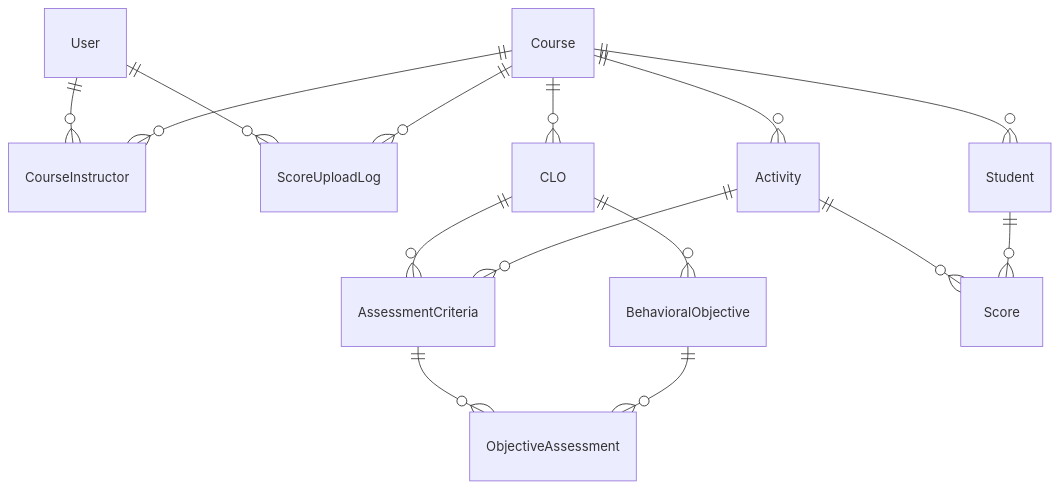
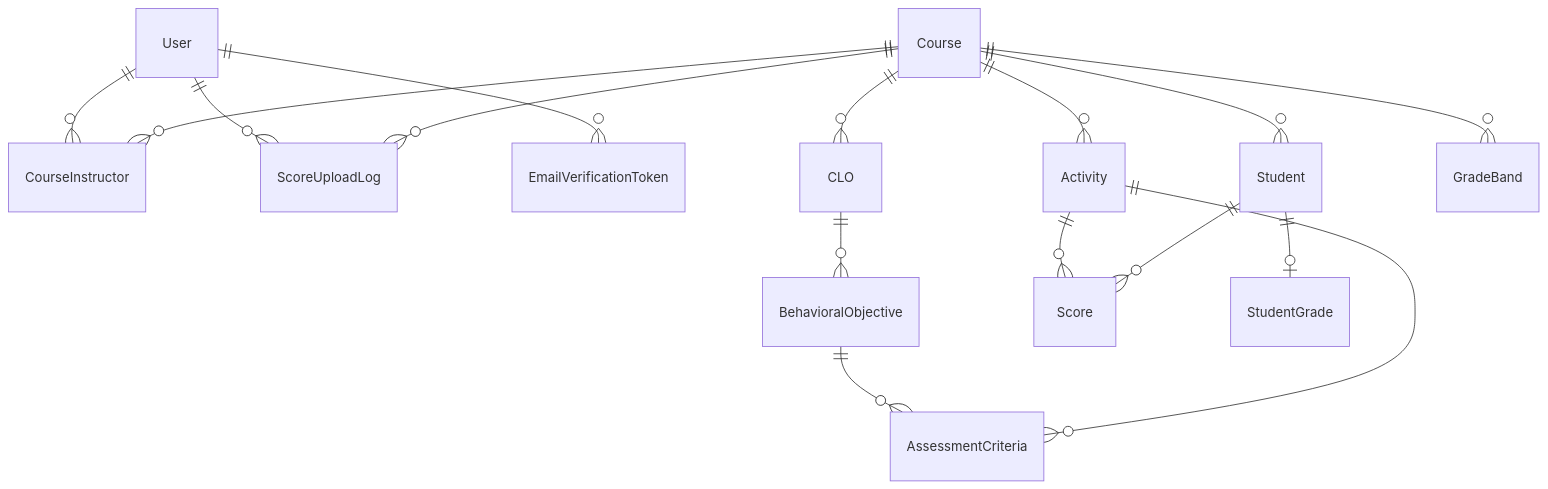
One commit to SIET-KMITL-INCEPTIO/CMAS-CLO changed the diagram in docs/markdown/sql/schema.md. Above: the diagram before and after it, drawn with Mermaid. The commit also changed other lines of this file and 37 other files, not shown here.

First line of the commit message:
Refactor UML and ER diagrams for improved accuracy and clarity

````diff
--- a/docs/markdown/sql/schema.md
+++ b/docs/markdown/sql/schema.md
@@ -44,17 +61,18 @@
 ```mermaid
 erDiagram
     User        ||--o{ CourseInstructor : ""
     User        ||--o{ ScoreUploadLog : ""
+    User        ||--o{ EmailVerificationToken : ""
     Course      ||--o{ CourseInstructor : ""
     Course      ||--o{ CLO : ""
     Course      ||--o{ Activity : ""
     Course      ||--o{ Student : ""
     Course      ||--o{ ScoreUploadLog : ""
+    Course      ||--o{ GradeBand : ""
     CLO         ||--o{ BehavioralObjective : ""
-    CLO         ||--o{ AssessmentCriteria : ""
+    BehavioralObjective ||--o{ AssessmentCriteria : ""
     Activity    ||--o{ AssessmentCriteria : ""
     Activity    ||--o{ Score : ""
     Student     ||--o{ Score : ""
-    AssessmentCriteria  ||--o{ ObjectiveAssessment : ""
-    BehavioralObjective ||--o{ ObjectiveAssessment : ""
+    Student     ||--o| StudentGrade : ""
 ```
````
